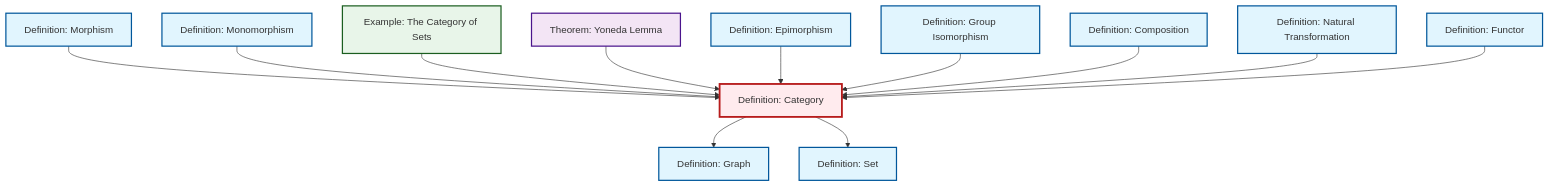
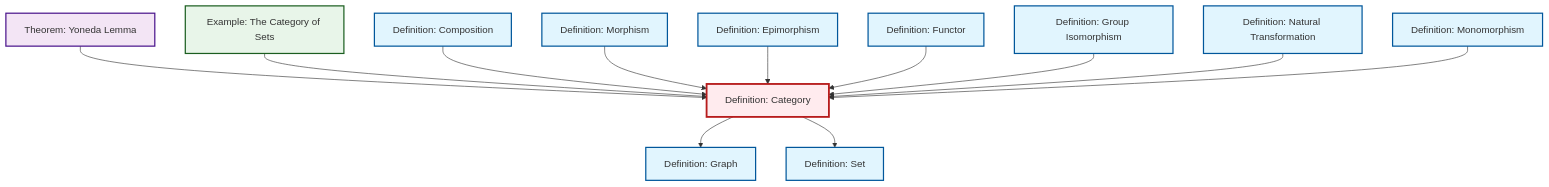
One commit to RK0429/ModernMath changed the diagram in content/ja/category-theory/def-category.qmd. Above: the diagram before and after it, drawn with Mermaid. The commit also changed other lines of this file and 654 other files, not shown here.

````diff
--- a/content/ja/category-theory/def-category.qmd
+++ b/content/ja/category-theory/def-category.qmd
@@ -48,44 +48,44 @@
 ```{mermaid}
 %%| fig-cap: "Local dependency graph"
 graph TD
     classDef definition fill:#e1f5fe,stroke:#01579b,stroke-width:2px
     classDef theorem fill:#f3e5f5,stroke:#4a148c,stroke-width:2px
     classDef axiom fill:#fff3e0,stroke:#e65100,stroke-width:2px
     classDef example fill:#e8f5e9,stroke:#1b5e20,stroke-width:2px
     classDef current fill:#ffebee,stroke:#b71c1c,stroke-width:3px
-    def-category["Definition: Category"]:::definition
-    def-natural-transformation["Definition: Natural Transformation"]:::definition
-    def-composition["Definition: Composition"]:::definition
-    def-epimorphism["Definition: Epimorphism"]:::definition
-    thm-yoneda["Theorem: Yoneda Lemma"]:::theorem
-    def-monomorphism["Definition: Monomorphism"]:::definition
-    def-isomorphism["Definition: Group Isomorphism"]:::definition
-    ex-set-category["Example: The Category of Sets"]:::example
-    def-morphism["Definition: Morphism"]:::definition
     def-set["Definition: Set"]:::definition
     def-graph["Definition: Graph"]:::definition
+    def-isomorphism["Definition: Group Isomorphism"]:::definition
     def-functor["Definition: Functor"]:::definition
+    def-natural-transformation["Definition: Natural Transformation"]:::definition
+    def-epimorphism["Definition: Epimorphism"]:::definition
+    def-category["Definition: Category"]:::definition
+    def-morphism["Definition: Morphism"]:::definition
+    thm-yoneda["Theorem: Yoneda Lemma"]:::theorem
+    def-composition["Definition: Composition"]:::definition
+    ex-set-category["Example: The Category of Sets"]:::example
+    def-monomorphism["Definition: Monomorphism"]:::definition
+    thm-yoneda --> def-category
+    ex-set-category --> def-category
     def-category --> def-graph
+    def-composition --> def-category
+    def-category --> def-set
     def-morphism --> def-category
+    def-epimorphism --> def-category
+    def-functor --> def-category
+    def-isomorphism --> def-category
+    def-natural-transformation --> def-category
     def-monomorphism --> def-category
-    ex-set-category --> def-category
-    thm-yoneda --> def-category
-    def-epimorphism --> def-category
-    def-isomorphism --> def-category
-    def-composition --> def-category
-    def-natural-transformation --> def-category
-    def-category --> def-set
-    def-functor --> def-category
     class def-category current
-    click def-natural-transformation "def-natural-transformation.html" "Definition: Natural Transformationへ"
-    click def-composition "def-composition.html" "Definition: Compositionへ"
-    click def-epimorphism "def-epimorphism.html" "Definition: Epimorphismへ"
-    click thm-yoneda "thm-yoneda.html" "Theorem: Yoneda Lemmaへ"
-    click def-monomorphism "def-monomorphism.html" "Definition: Monomorphismへ"
-    click def-isomorphism "def-isomorphism.html" "Definition: Group Isomorphismへ"
-    click ex-set-category "ex-set-category.html" "Example: The Category of Setsへ"
-    click def-morphism "def-morphism.html" "Definition: Morphismへ"
     click def-set "def-set.html" "Definition: Setへ"
     click def-graph "def-graph.html" "Definition: Graphへ"
+    click def-isomorphism "def-isomorphism.html" "Definition: Group Isomorphismへ"
     click def-functor "def-functor.html" "Definition: Functorへ"
+    click def-natural-transformation "def-natural-transformation.html" "Definition: Natural Transformationへ"
+    click def-epimorphism "def-epimorphism.html" "Definition: Epimorphismへ"
+    click def-morphism "def-morphism.html" "Definition: Morphismへ"
+    click thm-yoneda "thm-yoneda.html" "Theorem: Yoneda Lemmaへ"
+    click def-composition "def-composition.html" "Definition: Compositionへ"
+    click ex-set-category "ex-set-category.html" "Example: The Category of Setsへ"
+    click def-monomorphism "def-monomorphism.html" "Definition: Monomorphismへ"
 ```
````
